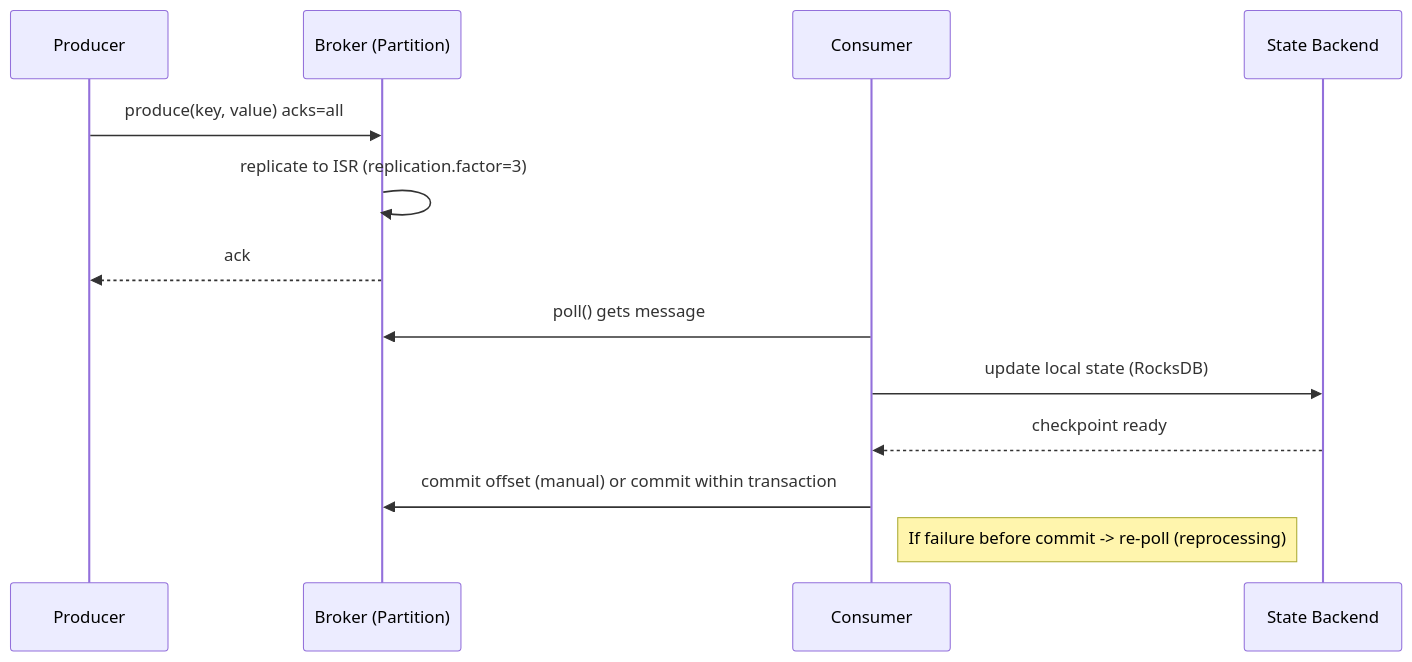
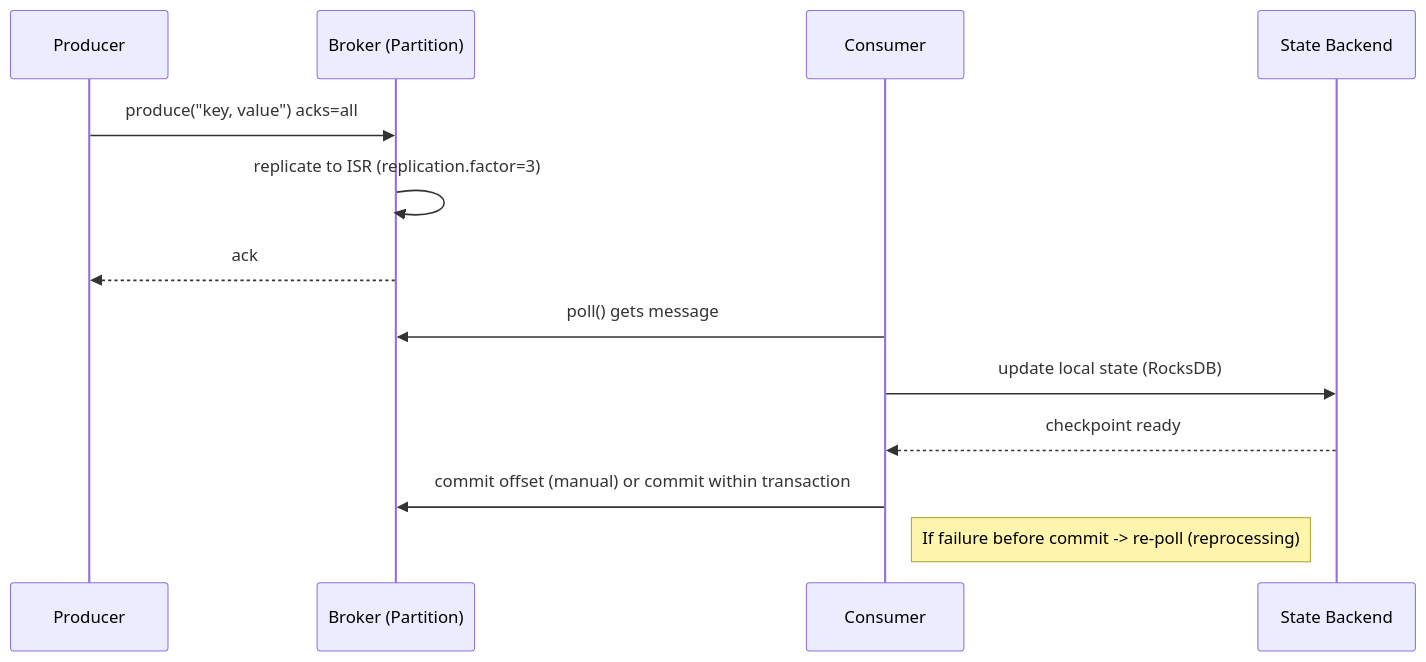
Before and after one commit to mjalaf/mjalaf.github.io: the third of 5 diagrams in src/content/blog/modern-large-scale-systems-architecture-patterns-and-advanced-practices-part-2.md, drawn with Mermaid. The commit also changed other lines of this file and 8 other files, not shown here.

Commit message:
Fix mermaid label quoting; translate series descriptions; link next-part navigation

````diff
--- a/src/content/blog/modern-large-scale-systems-architecture-patterns-and-advanced-practices-part-2.md
+++ b/src/content/blog/modern-large-scale-systems-architecture-patterns-and-advanced-practices-part-2.md
@@ -214,16 +214,16 @@
 ```mermaid
 sequenceDiagram
   participant P as Producer
   participant B as Broker (Partition)
   participant C as Consumer
   participant S as State Backend
 
-  P->>B: produce(key, value) acks=all
+  P->>B: produce("key, value") acks=all
   B->>B: replicate to ISR (replication.factor=3)
   B-->>P: ack
   C->>B: poll() gets message
   C->>S: update local state (RocksDB)
   S-->>C: checkpoint ready
   C->>B: commit offset (manual) or commit within transaction
   Note right of C: If failure before commit -> re-poll (reprocessing)
 ```
````
